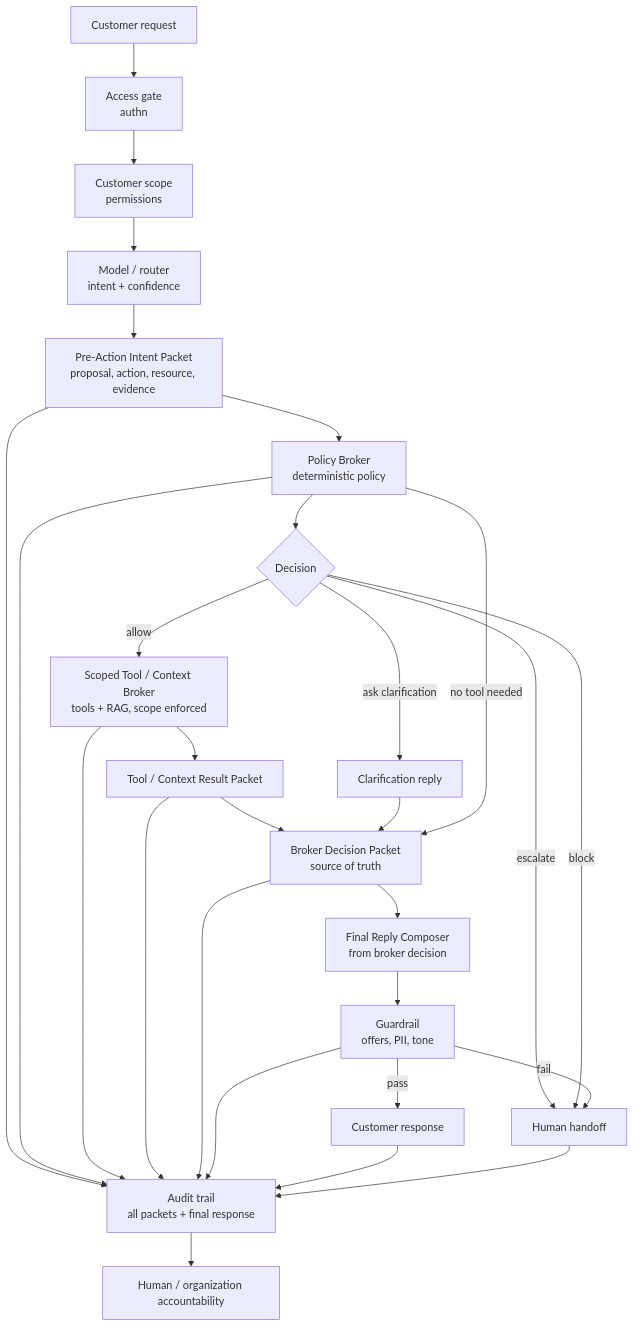
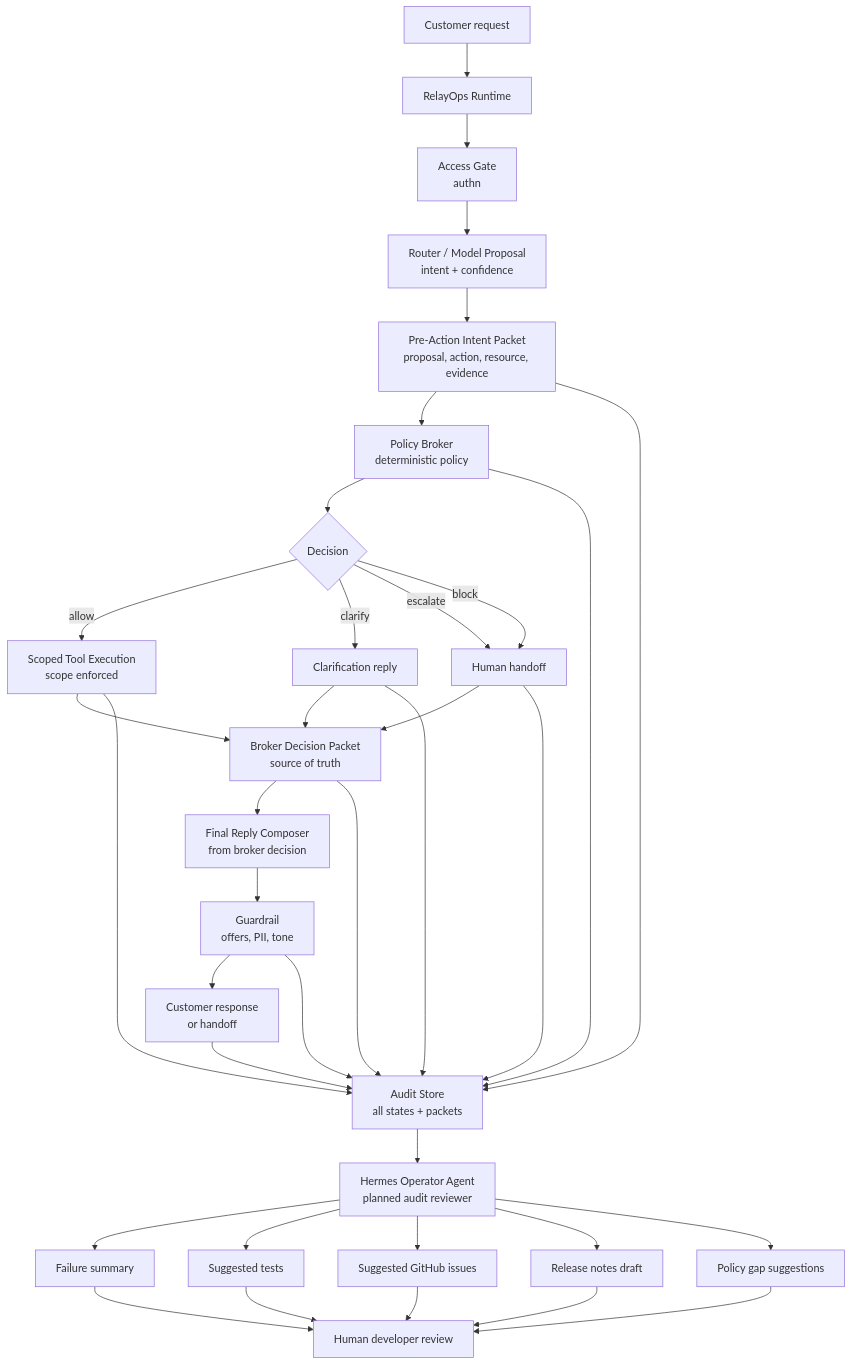
One commit to patibandlavenkatamanideep/relayops changed the diagram in README.md. Above: the diagram before and after it, drawn with Mermaid. The commit also changed other lines of this file and 4 other files, not shown here.

Commit message:
feat: expose audit packets in turn API

````diff
--- a/README.md
+++ b/README.md
@@ -366,30 +370,38 @@
 ```mermaid
 flowchart TD
-    A[Customer request] --> B["Access gate<br/>authn"]
-    B --> C["Customer scope<br/>permissions"]
-    C --> D["Model / router<br/>intent + confidence"]
+    A[Customer request] --> R["RelayOps Runtime"]
+    R --> B["Access Gate<br/>authn"]
+    B --> D["Router / Model Proposal<br/>intent + confidence"]
     D --> E["Pre-Action Intent Packet<br/>proposal, action, resource, evidence"]
     E --> F["Policy Broker<br/>deterministic policy"]
     F --> G{Decision}
-    G -->|allow| H["Scoped Tool / Context Broker<br/>tools + RAG, scope enforced"]
-    G -->|ask clarification| I[Clarification reply]
+    G -->|allow| H["Scoped Tool Execution<br/>scope enforced"]
+    G -->|clarify| I[Clarification reply]
     G -->|escalate| J[Human handoff]
     G -->|block| J
-    H --> K["Tool / Context Result Packet"]
-    K --> L["Broker Decision Packet<br/>source of truth"]
+    H --> L["Broker Decision Packet<br/>source of truth"]
+    J --> L
     I --> L
-    F -->|no tool needed| L
     L --> M["Final Reply Composer<br/>from broker decision"]
     M --> N["Guardrail<br/>offers, PII, tone"]
-    N -->|pass| O[Customer response]
-    N -->|fail| J
-    E --> P["Audit trail<br/>all packets + final response"]
+    N --> O["Customer response<br/>or handoff"]
+    E --> P["Audit Store<br/>all states + packets"]
     F --> P
     H --> P
-    K --> P
+    J --> P
+    I --> P
     L --> P
     N --> P
     O --> P
-    J --> P
-    P --> Q["Human / organization accountability"]
+    P --> Q["Hermes Operator Agent<br/>planned audit reviewer"]
+    Q --> Q1[Failure summary]
+    Q --> Q2[Suggested tests]
+    Q --> Q3[Suggested GitHub issues]
+    Q --> Q4[Release notes draft]
+    Q --> Q5[Policy gap suggestions]
+    Q1 --> Z[Human developer review]
+    Q2 --> Z
+    Q3 --> Z
+    Q4 --> Z
+    Q5 --> Z
 ```
````
